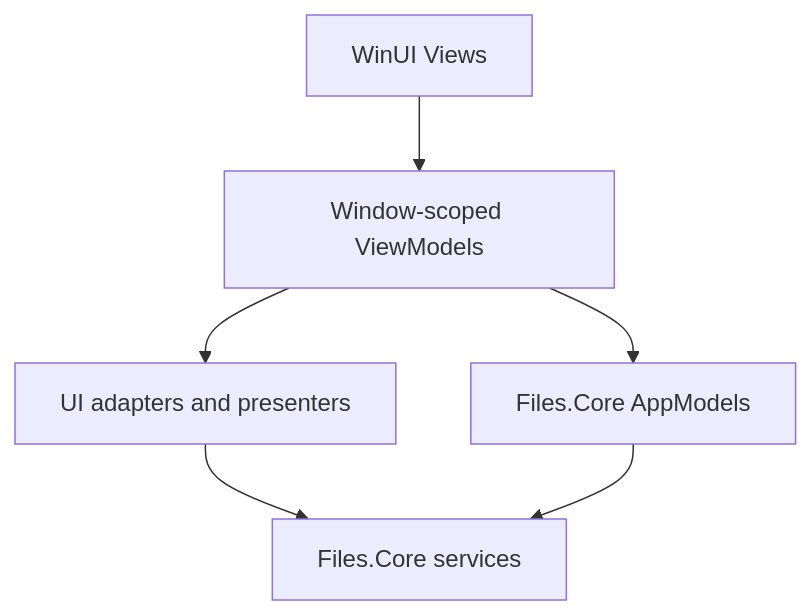
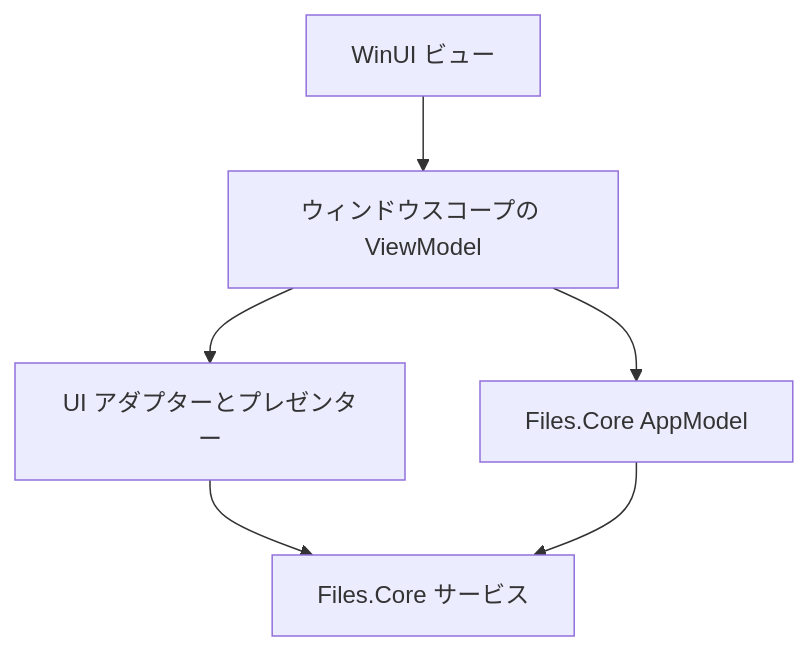
The first of 8 diagrams in docs/architecture/files-app.md (0x5bfa/Files), drawn with Mermaid before and after one commit. The commit also changed other lines of this file and 18 other files, not shown here.

Commit message:
Translate architecture docs to Japanese

````diff
--- a/docs/architecture/files-app.md
+++ b/docs/architecture/files-app.md
@@ -9,14 +8,14 @@
 ```mermaid
 flowchart TB
-    Views["WinUI Views"]
-    ViewModels["Window-scoped ViewModels"]
-    Adapters["UI adapters and presenters"]
-    AppModels["Files.Core AppModels"]
-    Core["Files.Core services"]
+    Views["WinUI ビュー"]
+    ViewModels["ウィンドウスコープの ViewModel"]
+    Adapters["UI アダプターとプレゼンター"]
+    AppModels["Files.Core AppModel"]
+    Core["Files.Core サービス"]
 
     Views --> ViewModels
     ViewModels --> Adapters
     ViewModels --> AppModels
     Adapters --> Core
     AppModels --> Core
 ```
````
